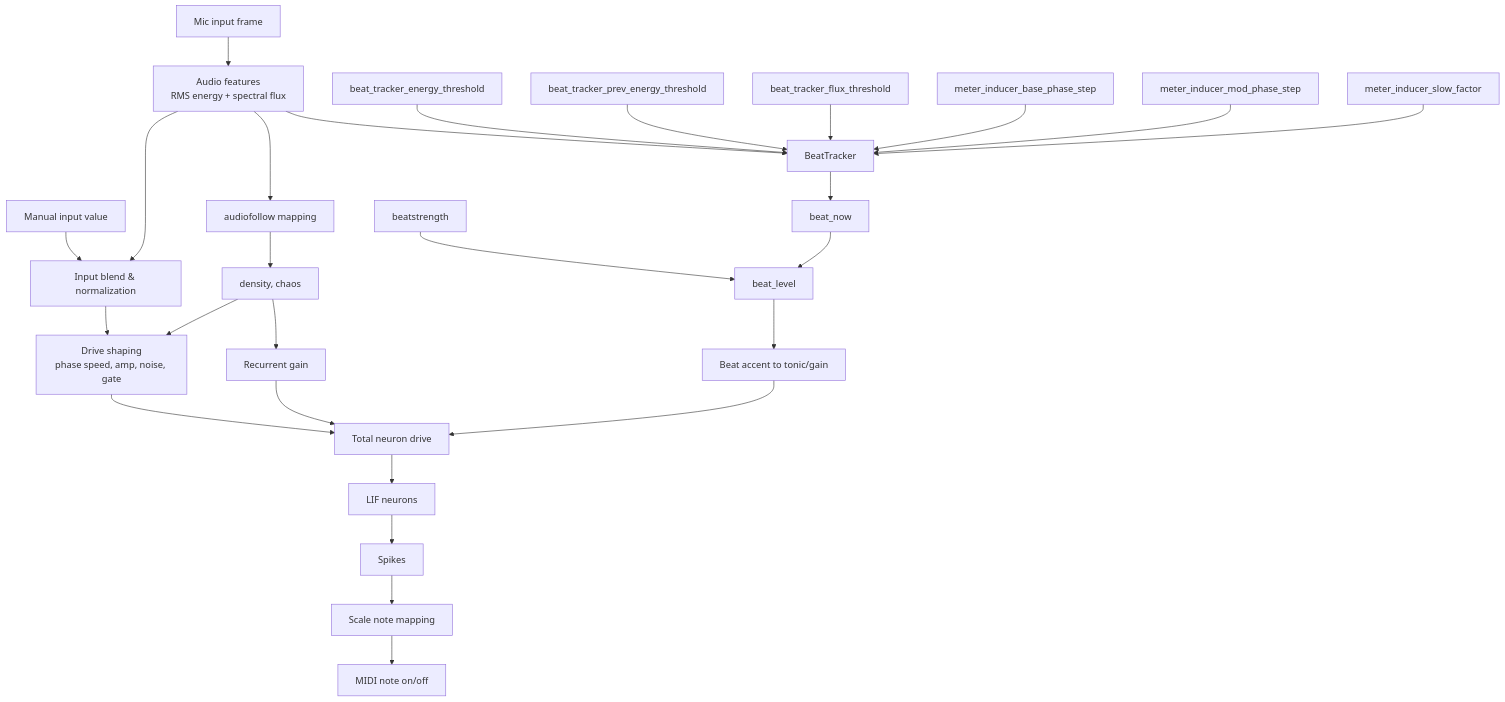
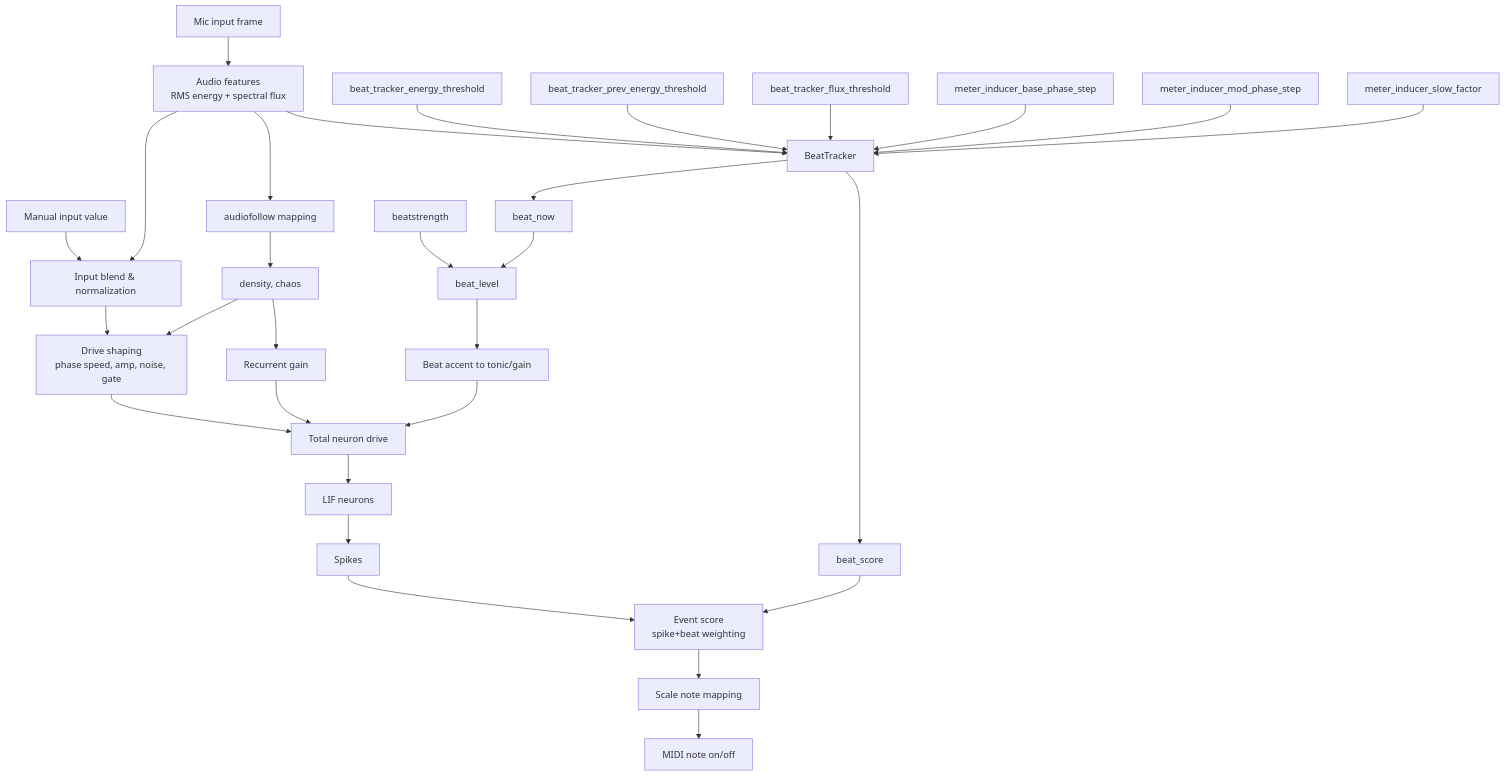
One commit to jaakkopee/HierarchicalLIFRhythmInterpreter changed the diagram in README.md. Above: the diagram before and after it, drawn with Mermaid. The commit also changed other lines of this file and 2 other files, not shown here.

````diff
--- a/README.md
+++ b/README.md
@@ -70,35 +77,38 @@
 ```mermaid
 flowchart TD
     A[Mic input frame] --> B[Audio features<br/>RMS energy + spectral flux]
     M[Manual input value] --> C[Input blend & normalization]
     B --> C
     B --> D[audiofollow mapping]
     D --> E[density, chaos]
     B --> F[BeatTracker]
     T1[beat_tracker_energy_threshold]
     T2[beat_tracker_prev_energy_threshold]
     T3[beat_tracker_flux_threshold]
     M1[meter_inducer_base_phase_step]
     M2[meter_inducer_mod_phase_step]
     M3[meter_inducer_slow_factor]
     T1 --> F
     T2 --> F
     T3 --> F
     M1 --> F
     M2 --> F
     M3 --> F
     F --> G[beat_now]
+    F --> GS[beat_score]
     H[beatstrength] --> I[beat_level]
     G --> I
     E --> J[Drive shaping<br/>phase speed, amp, noise, gate]
     C --> J
     E --> K[Recurrent gain]
     I --> L[Beat accent to tonic/gain]
+    GS --> EV[Event score<br/>spike+beat weighting]
     J --> N[Total neuron drive]
     K --> N
     L --> N
     N --> O[LIF neurons]
     O --> P[Spikes]
-    P --> Q[Scale note mapping]
+    P --> EV
+    EV --> Q[Scale note mapping]
     Q --> R[MIDI note on/off]
 ```
````
